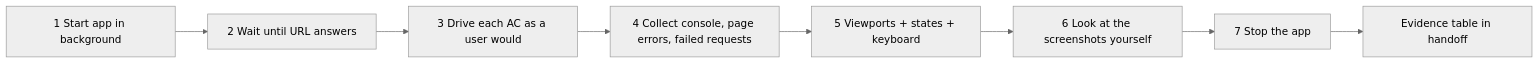
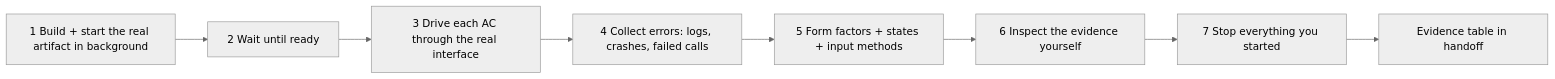
One commit to Tuan-Quyen/technical-teams changed the diagram in skills/live-preview/SKILL.md. Above: the diagram before and after it, drawn with Mermaid (neutral theme). The commit also changed other lines of this file and 19 other files, not shown here.

````diff
--- a/skills/live-preview/SKILL.md
+++ b/skills/live-preview/SKILL.md
@@ -30,10 +45,10 @@
 ```mermaid
 flowchart LR
-  A[1 Start app in background] --> B[2 Wait until URL answers]
-  B --> C[3 Drive each AC as a user would]
-  C --> D[4 Collect console, page errors, failed requests]
-  D --> E[5 Viewports + states + keyboard]
-  E --> F[6 Look at the screenshots yourself]
-  F --> G[7 Stop the app]
+  A[1 Build + start the real artifact in background] --> B[2 Wait until ready]
+  B --> C[3 Drive each AC through the real interface]
+  C --> D[4 Collect errors: logs, crashes, failed calls]
+  D --> E[5 Form factors + states + input methods]
+  E --> F[6 Inspect the evidence yourself]
+  F --> G[7 Stop everything you started]
   G --> H[Evidence table in handoff]
 ```
````
